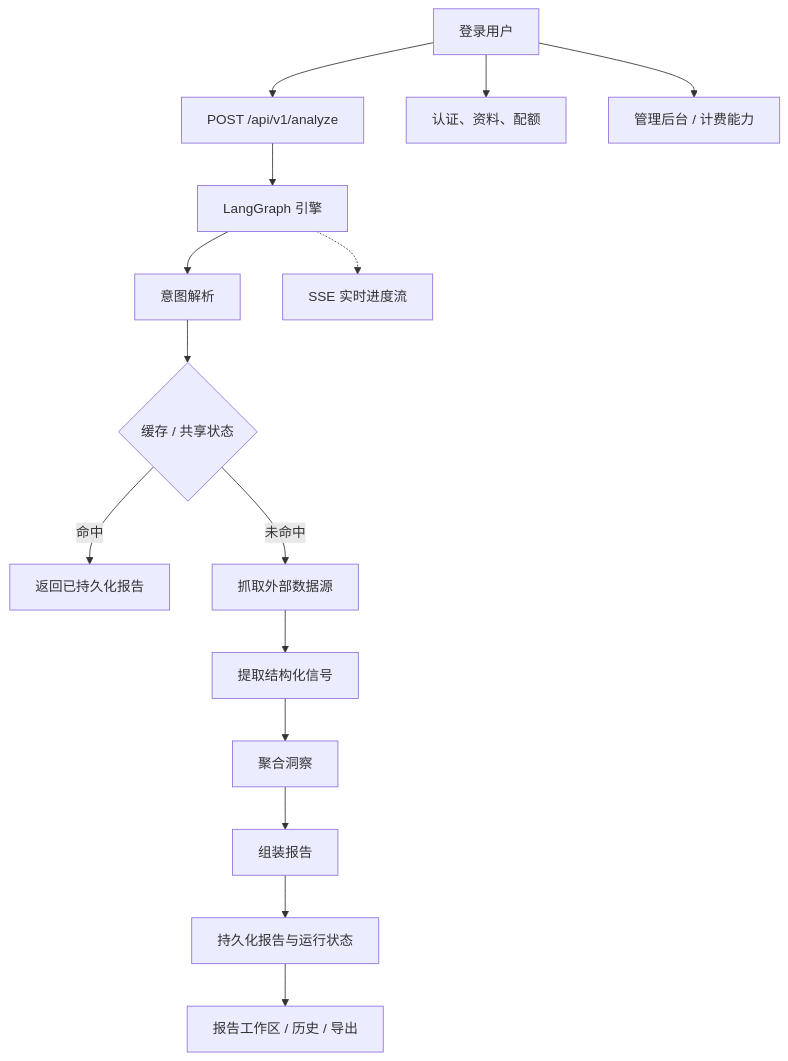
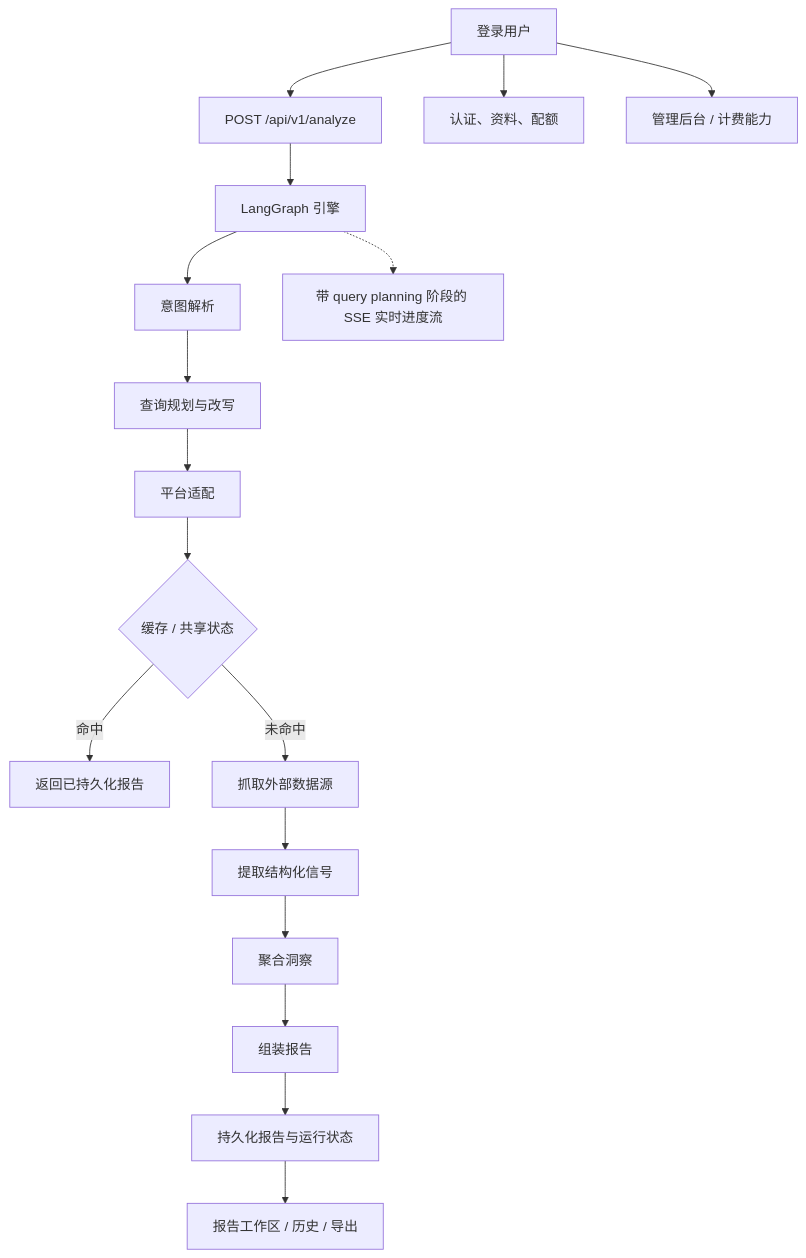
Before and after one commit to Tendo33/IdeaGo: the diagram in README_CN.md, drawn with Mermaid. The commit also changed other lines of this file and 1 other file, not shown here.

Commit message:
docs(readme): refresh pipeline overview

````diff
--- a/README_CN.md
+++ b/README_CN.md
@@ -191,17 +197,19 @@
 ```mermaid
 flowchart TD
     A["登录用户"] --> B["POST /api/v1/analyze"]
     B --> C["LangGraph 引擎"]
     C --> D["意图解析"]
-    D --> E{"缓存 / 共享状态"}
-    E -->|命中| F["返回已持久化报告"]
-    E -->|未命中| G["抓取外部数据源"]
-    G --> H["提取结构化信号"]
-    H --> I["聚合洞察"]
-    I --> J["组装报告"]
-    J --> K["持久化报告与运行状态"]
-    K --> L["报告工作区 / 历史 / 导出"]
-    A --> M["认证、资料、配额"]
-    A --> N["管理后台 / 计费能力"]
-    C -.-> O["SSE 实时进度流"]
+    D --> E["查询规划与改写"]
+    E --> F["平台适配"]
+    F --> G{"缓存 / 共享状态"}
+    G -->|命中| H["返回已持久化报告"]
+    G -->|未命中| I["抓取外部数据源"]
+    I --> J["提取结构化信号"]
+    J --> K["聚合洞察"]
+    K --> L["组装报告"]
+    L --> M["持久化报告与运行状态"]
+    M --> N["报告工作区 / 历史 / 导出"]
+    A --> O["认证、资料、配额"]
+    A --> P["管理后台 / 计费能力"]
+    C -.-> Q["带 query planning 阶段的 SSE 实时进度流"]
 ```
````
